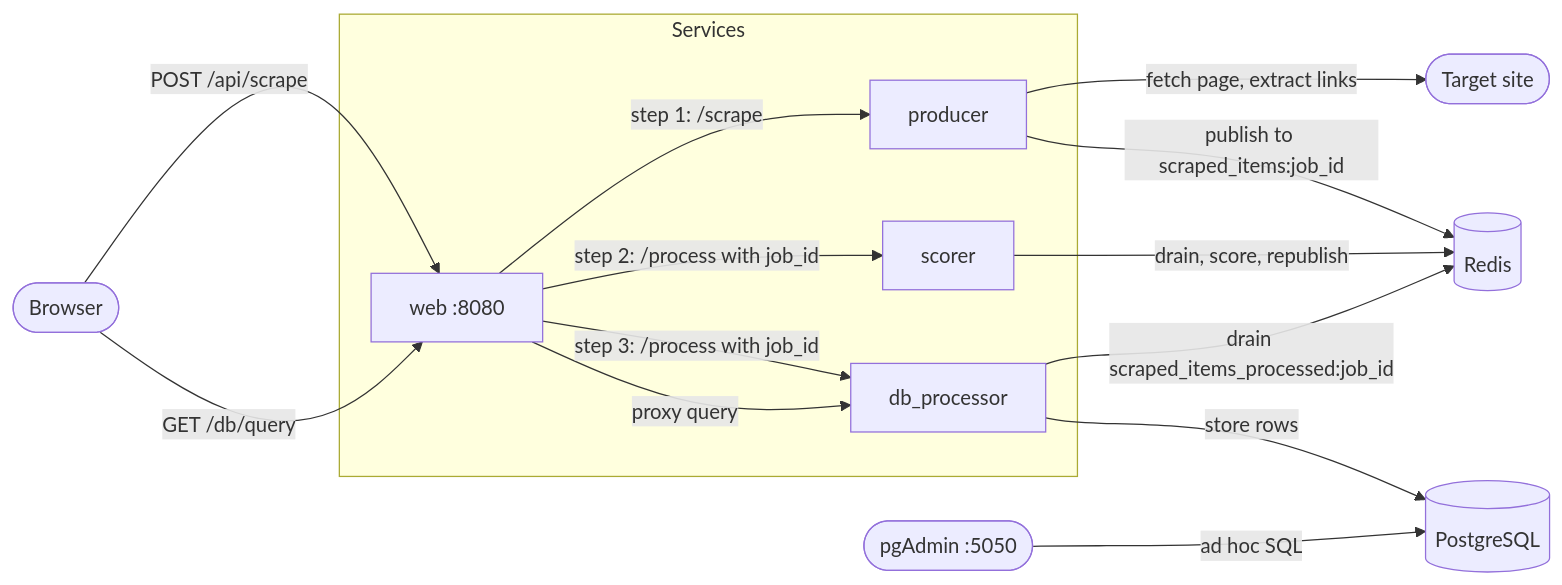
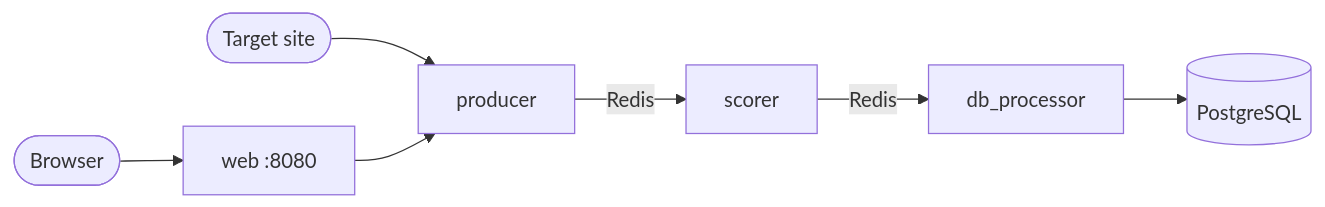
The diagram in README.md (ZachSchwartz/AI-WebScraper), drawn with Mermaid before and after one commit. The commit also changed other lines of this file and 12 other files, not shown here.

````diff
--- a/README.md
+++ b/README.md
@@ -75,30 +90,9 @@
 ```mermaid
 flowchart LR
-    Browser([Browser])
-    Site([Target site])
-    PgAdmin([pgAdmin :5050])
-
-    subgraph Services
-        Web["web :8080"]
-        Producer["producer"]
-        Scorer["scorer"]
-        DBSvc["db_processor"]
-    end
-
-    Redis[("Redis")]
-    Postgres[("PostgreSQL")]
-
-    Browser -->|"POST /api/scrape"| Web
-    Web -->|"step 1: /scrape"| Producer
-    Producer -->|"fetch page, extract links"| Site
-    Producer -->|"publish to scraped_items:job_id"| Redis
-    Web -->|"step 2: /process with job_id"| Scorer
-    Scorer -->|"drain, score, republish"| Redis
-    Web -->|"step 3: /process with job_id"| DBSvc
-    DBSvc -->|"drain scraped_items_processed:job_id"| Redis
-    DBSvc -->|"store rows"| Postgres
-
-    Browser -->|"GET /db/query"| Web
-    Web -->|"proxy query"| DBSvc
-    PgAdmin -->|"ad hoc SQL"| Postgres
+    Browser([Browser]) --> Web["web :8080"]
+    Site([Target site]) --> Producer["producer"]
+    Web --> Producer
+    Producer -- "Redis" --> Scorer["scorer"]
+    Scorer -- "Redis" --> DBSvc["db_processor"]
+    DBSvc --> Postgres[("PostgreSQL")]
 ```
````
